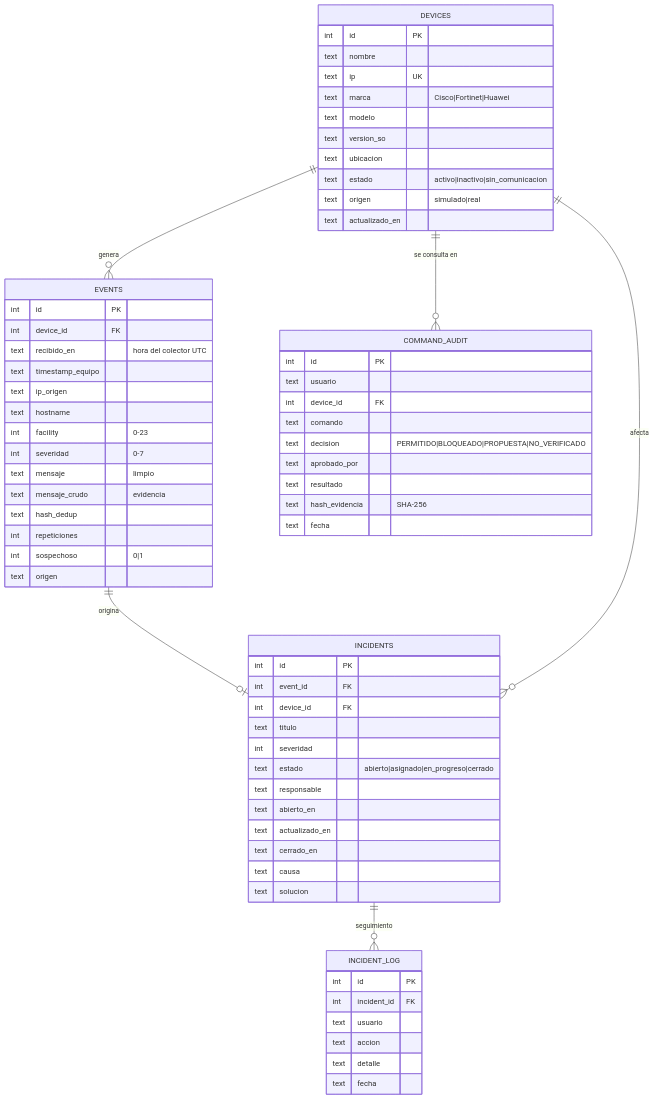
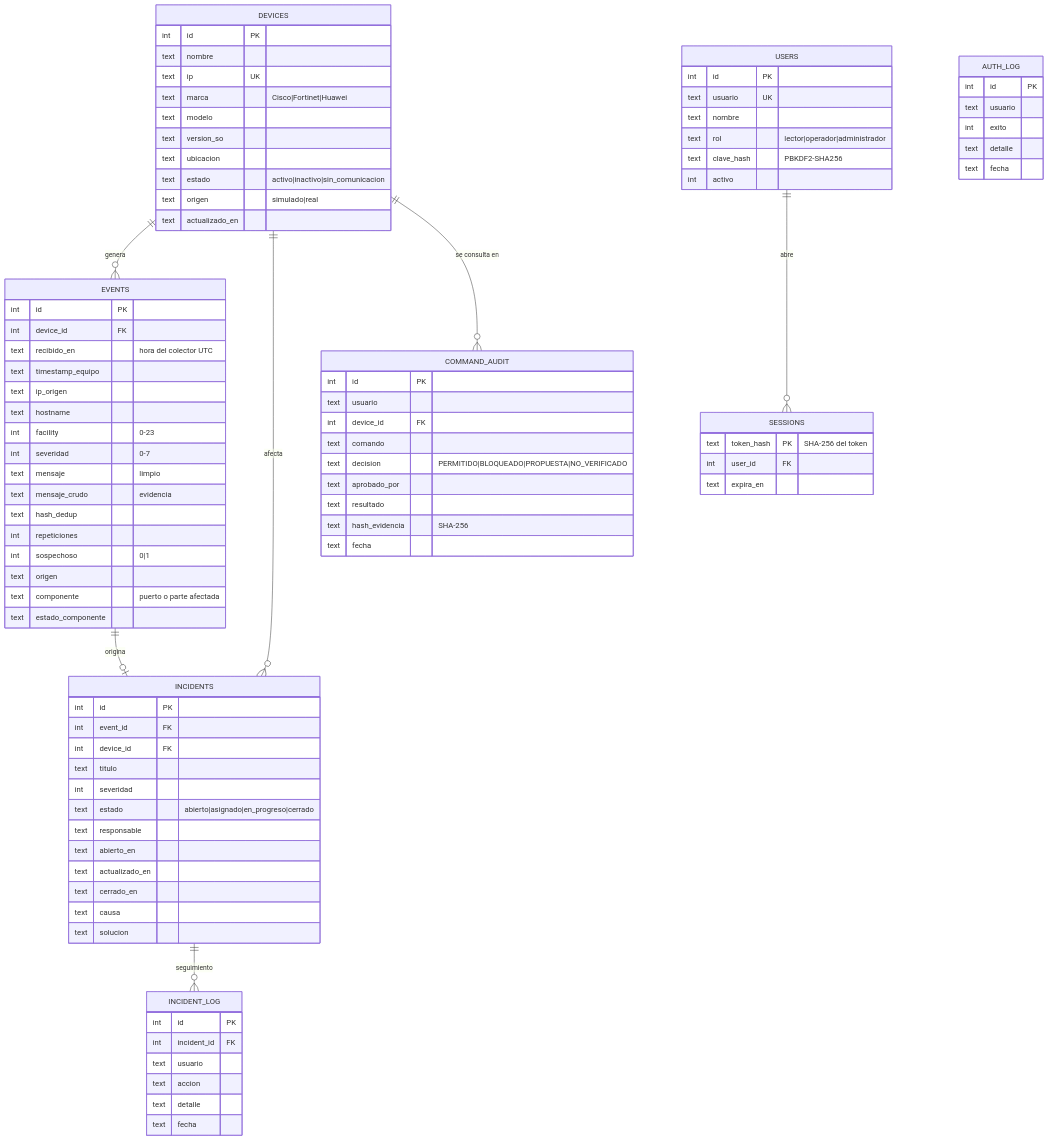
Before and after one commit to Shantypp/noc-syslog-inteligente: the diagram in docs/modelo-datos.md, drawn with Mermaid. The commit also changed other lines of this file and 7 other files, not shown here.

````diff
--- a/docs/modelo-datos.md
+++ b/docs/modelo-datos.md
@@ -7,6 +7,7 @@
     DEVICES ||--o{ INCIDENTS : afecta
     INCIDENTS ||--o{ INCIDENT_LOG : "seguimiento"
     DEVICES ||--o{ COMMAND_AUDIT : "se consulta en"
+    USERS ||--o{ SESSIONS : abre
     DEVICES {
         int id PK
         text nombre
@@ -34,6 +35,8 @@
         int repeticiones
         int sospechoso "0|1"
         text origen
+        text componente "puerto o parte afectada"
+        text estado_componente
     }
     INCIDENTS {
         int id PK
@@ -68,4 +71,24 @@
         text hash_evidencia "SHA-256"
         text fecha
     }
+    USERS {
+        int id PK
+        text usuario UK
+        text nombre
+        text rol "lector|operador|administrador"
+        text clave_hash "PBKDF2-SHA256"
+        int activo
+    }
+    SESSIONS {
+        text token_hash PK "SHA-256 del token"
+        int user_id FK
+        text expira_en
+    }
+    AUTH_LOG {
+        int id PK
+        text usuario
+        int exito
+        text detalle
+        text fecha
+    }
 ```
````
